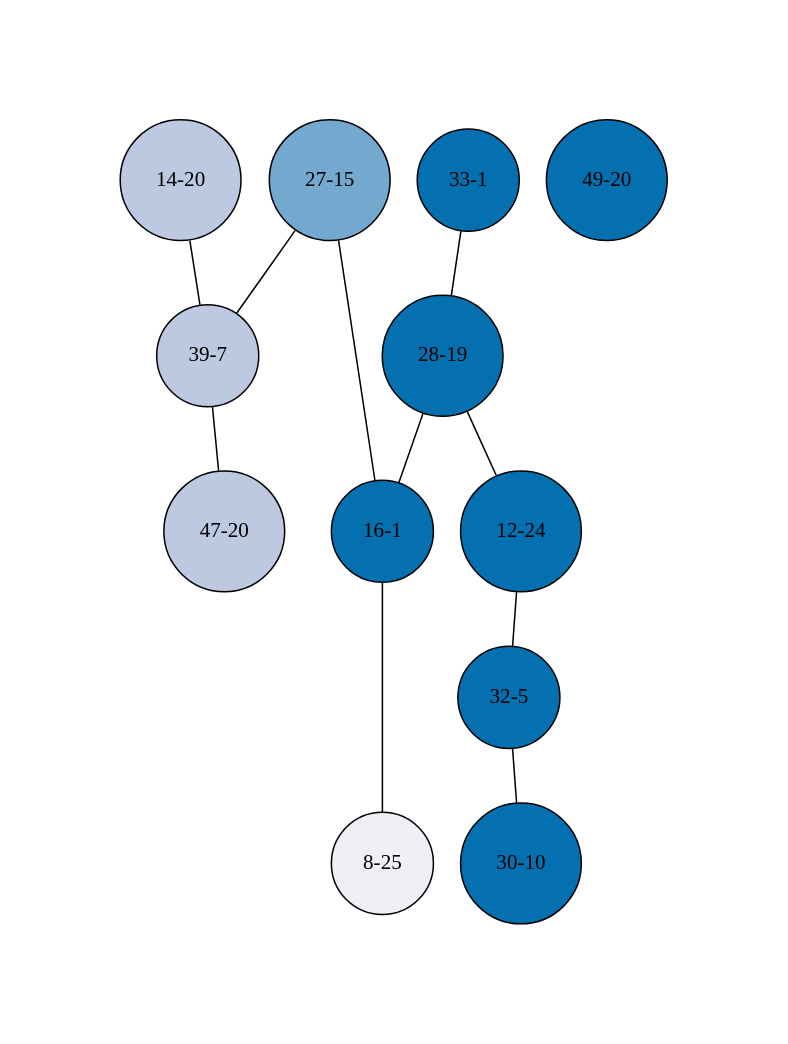
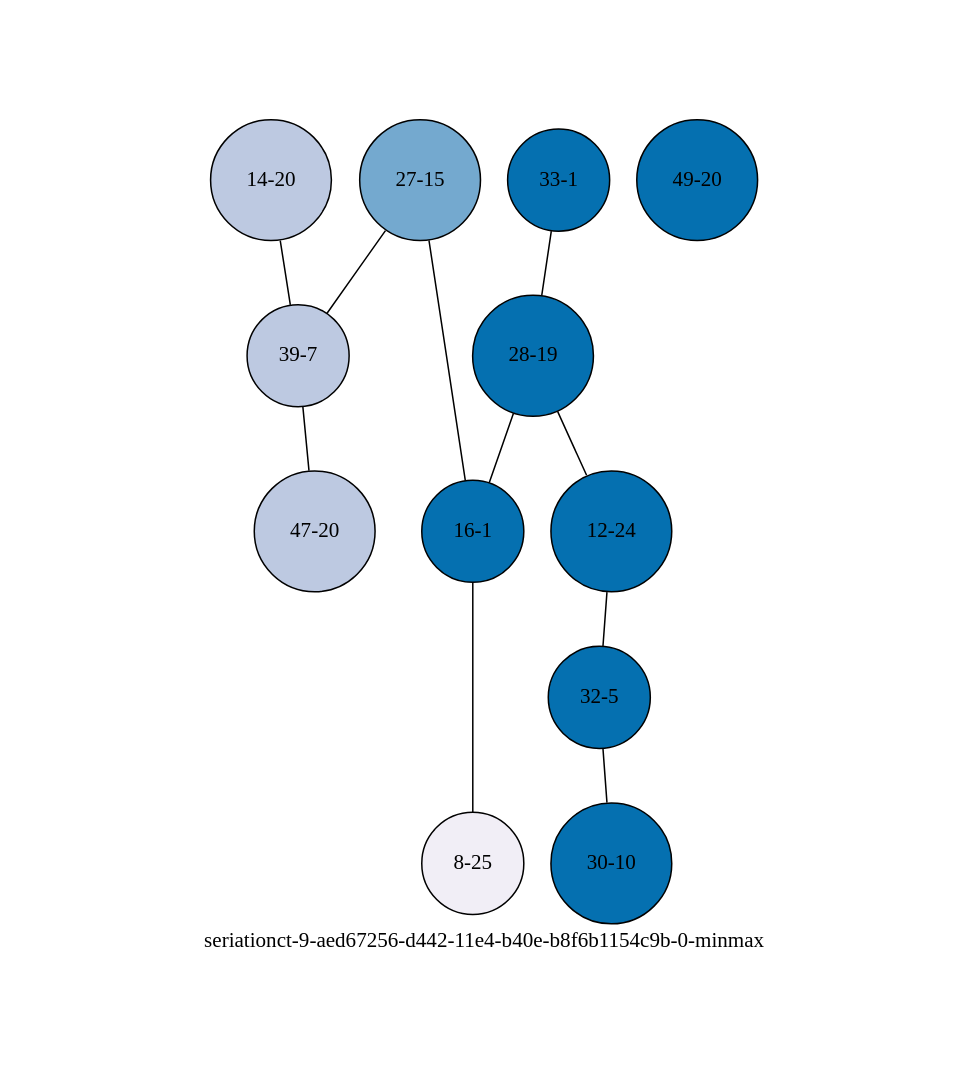
One commit to mmadsen/experiment-seriationct changed the diagram in experiments/seriationct-9/seriation-results/aed67256-d442-11e4-b40e-b8f6b1154c9b-0-sampled-0.07/aed67256-d442-11e4-b40e-b8f6b1154c9b-0-sampled-0.07-minmax-by-weight.png-annotated-chronological.dot. Above: the diagram before and after it, drawn with Graphviz. The commit also changed 181 other files, not shown here.

```diff
--- a/experiments/seriationct-9/seriation-results/aed67256-d442-11e4-b40e-b8f6b1154c9b-0-sampled-0.07/aed67256-d442-11e4-b40e-b8f6b1154c9b-0-sampled-0.07-minmax-by-weight.png-annotated-chronological.dot
+++ b/experiments/seriationct-9/seriation-results/aed67256-d442-11e4-b40e-b8f6b1154c9b-0-sampled-0.07/aed67256-d442-11e4-b40e-b8f6b1154c9b-0-sampled-0.07-minmax-by-weight.png-annotated-chronological.dot
@@ -1,28 +1,29 @@
-strict graph G {
+strict graph "seriationct-9-aed67256-d442-11e4-b40e-b8f6b1154c9b-0-minmax" {
 labelloc=b;
 ratio=auto;
 pad="1.0";
+label="seriationct-9-aed67256-d442-11e4-b40e-b8f6b1154c9b-0-minmax";
 node [width="0.3", shape=circle, height="0.3", style=filled, label=""];
 0 [xCoordinate="1.0", appears_in_slice=1, yCoordinate="33.0", colorscheme=pubu4, short_label="33-1", label="33-1", fillcolor=4, id=0, size="502.866215406"];
 1 [xCoordinate="15.0", appears_in_slice=2, yCoordinate="27.0", colorscheme=pubu4, short_label="27-15", label="27-15", fillcolor=3, id=1, size="275.135478293"];
 2 [xCoordinate="19.0", appears_in_slice=1, yCoordinate="28.0", colorscheme=pubu4, short_label="28-19", label="28-19", fillcolor=4, id=2, size="317.98913818"];
 3 [xCoordinate="24.0", appears_in_slice=1, yCoordinate="12.0", colorscheme=pubu4, short_label="12-24", label="12-24", fillcolor=4, id=3, size="1095.99083188"];
 4 [xCoordinate="20.0", appears_in_slice=3, yCoordinate="14.0", colorscheme=pubu4, short_label="14-20", label="14-20", fillcolor=2, id=8, size="449.355675719"];
 5 [xCoordinate="7.0", appears_in_slice=3, yCoordinate="39.0", colorscheme=pubu4, short_label="39-7", label="39-7", fillcolor=2, id=5, size="449.355675719"];
 6 [xCoordinate="5.0", appears_in_slice=1, yCoordinate="32.0", colorscheme=pubu4, short_label="32-5", label="32-5", fillcolor=4, id=6, size="820.855353586"];
 7 [xCoordinate="10.0", appears_in_slice=1, yCoordinate="30.0", colorscheme=pubu4, short_label="30-10", label="30-10", fillcolor=4, id=7, size="317.98913818"];
 8 [xCoordinate="1.0", appears_in_slice=1, yCoordinate="16.0", colorscheme=pubu4, short_label="16-1", label="16-1", fillcolor=4, id=4, size="502.866215406"];
 9 [xCoordinate="25.0", appears_in_slice=4, yCoordinate="8.0", colorscheme=pubu4, short_label="8-25", label="8-25", fillcolor=1, id=9, size="315.374386505"];
 10 [xCoordinate="20.0", appears_in_slice=3, yCoordinate="47.0", colorscheme=pubu4, short_label="47-20", label="47-20", fillcolor=2, id=10, size="449.355675719"];
 11 [xCoordinate="20.0", appears_in_slice=1, yCoordinate="49.0", colorscheme=pubu4, short_label="49-20", label="49-20", fillcolor=4, id=11, size="502.866215406"];
 0 -- 2  [inverseweight="6.121740459", weight="0.163352237276"];
 1 -- 8  [inverseweight="5.18679520412", weight="0.192797278598"];
 1 -- 5  [inverseweight="5.18103083956", weight="0.193011782977"];
 2 -- 8  [inverseweight="6.82300192803", weight="0.146563053997"];
 2 -- 3  [inverseweight="6.95026234019", weight="0.143879461099"];
 3 -- 6  [inverseweight="3.6972435536", weight="0.270471767819"];
 4 -- 5  [inverseweight="7.98449554558", weight="0.12524272752"];
 5 -- 10  [inverseweight="18.3988485466", weight="0.0543512273319"];
 6 -- 7  [inverseweight="3.02728498365", weight="0.330328992943"];
 8 -- 9  [inverseweight="4.36521560395", weight="0.229083759138"];
 }
```
